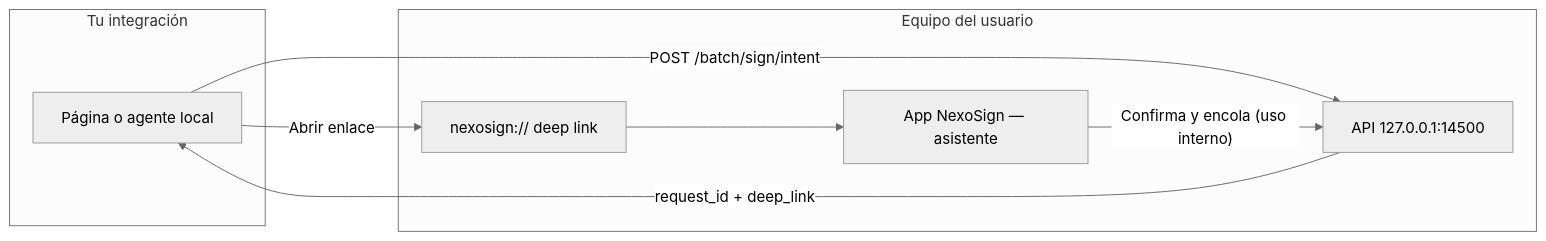
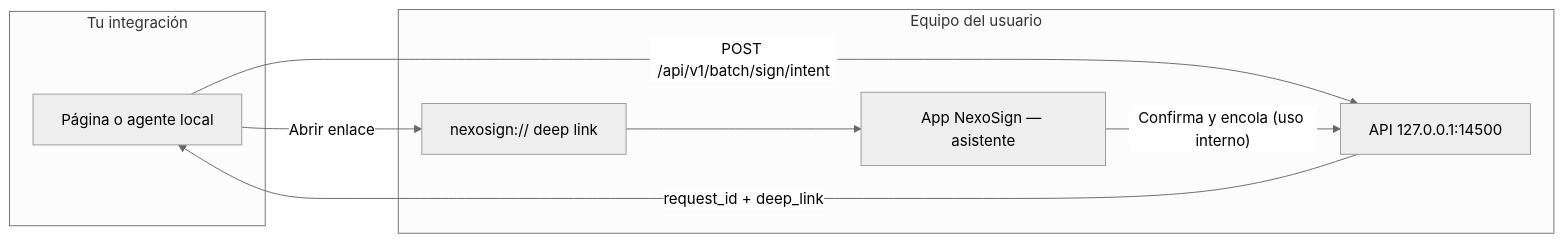
One commit to cjuriartec/nexosign changed the diagram in README.md. Above: the diagram before and after it, drawn with Mermaid (neutral theme). The commit also changed other lines of this file and 41 other files, not shown here.

First line of the commit message:
refactor: streamline batch signing API and enhance job status management

````diff
--- a/README.md
+++ b/README.md
@@ -86,16 +86,16 @@
 ```mermaid
 flowchart LR
   subgraph Web["Tu integración"]
     A[Página o agente local]
   end
   subgraph NexoSign["Equipo del usuario"]
     B["API 127.0.0.1:14500"]
     C["nexosign:// deep link"]
     D["App NexoSign — asistente"]
   end
-  A -->|"POST /batch/sign/intent"| B
+  A -->|"POST /api/v1/batch/sign/intent"| B
   B -->|"request_id + deep_link"| A
   A -->|"Abrir enlace"| C
   C --> D
   D -->|"Confirma y encola (uso interno)"| B
 ```
````
